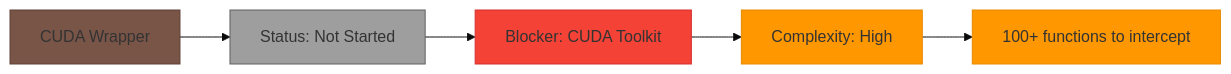
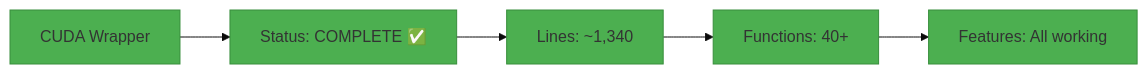
Before and after one commit to TheCreateGM/mvgal: the fifth of 9 diagrams in docs/MISSING.md, drawn with Mermaid (base theme). The commit also changed other lines of this file and 16 other files, not shown here.

````diff
--- a/docs/MISSING.md
+++ b/docs/MISSING.md
@@ -167,13 +198,13 @@
 ```mermaid
 flowchart LR
-    A[CUDA Wrapper] --> B[Status: Not Started]
-    B --> C[Blocker: CUDA Toolkit]
-    C --> D[Complexity: High]
-    D --> E[100+ functions to intercept]
+    A[CUDA Wrapper] --> B[Status: COMPLETE ✅]
+    B --> C[Lines: ~1,340]
+    C --> D[Functions: 40+]
+    D --> E[Features: All working]
     
-    style A fill:#795548,stroke:#5D4037
-    style B fill:#9E9E9E,stroke:#616161
-    style C fill:#F44336,stroke:#D32F2F
-    style D fill:#FF9800,stroke:#E68A00
-    style E fill:#FF9800,stroke:#E68A00
+    style A fill:#4CAF50,stroke:#388E3C
+    style B fill:#4CAF50,stroke:#388E3C
+    style C fill:#4CAF50,stroke:#388E3C
+    style D fill:#4CAF50,stroke:#388E3C
+    style E fill:#4CAF50,stroke:#388E3C
 ```
````
